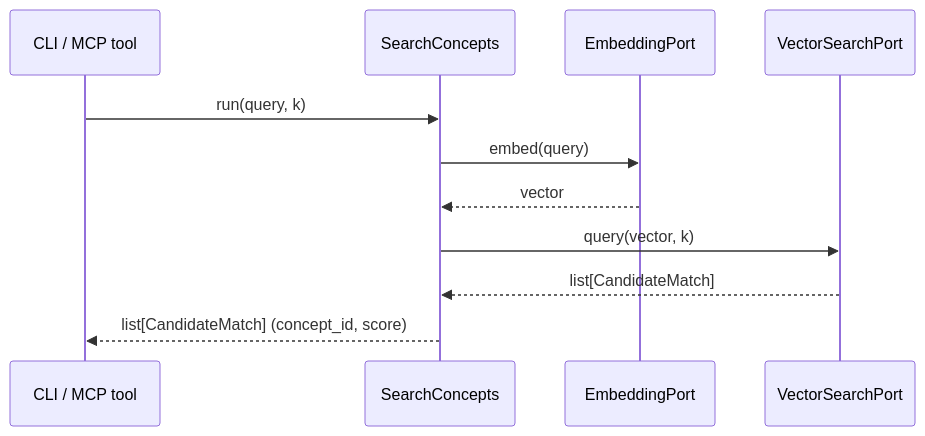
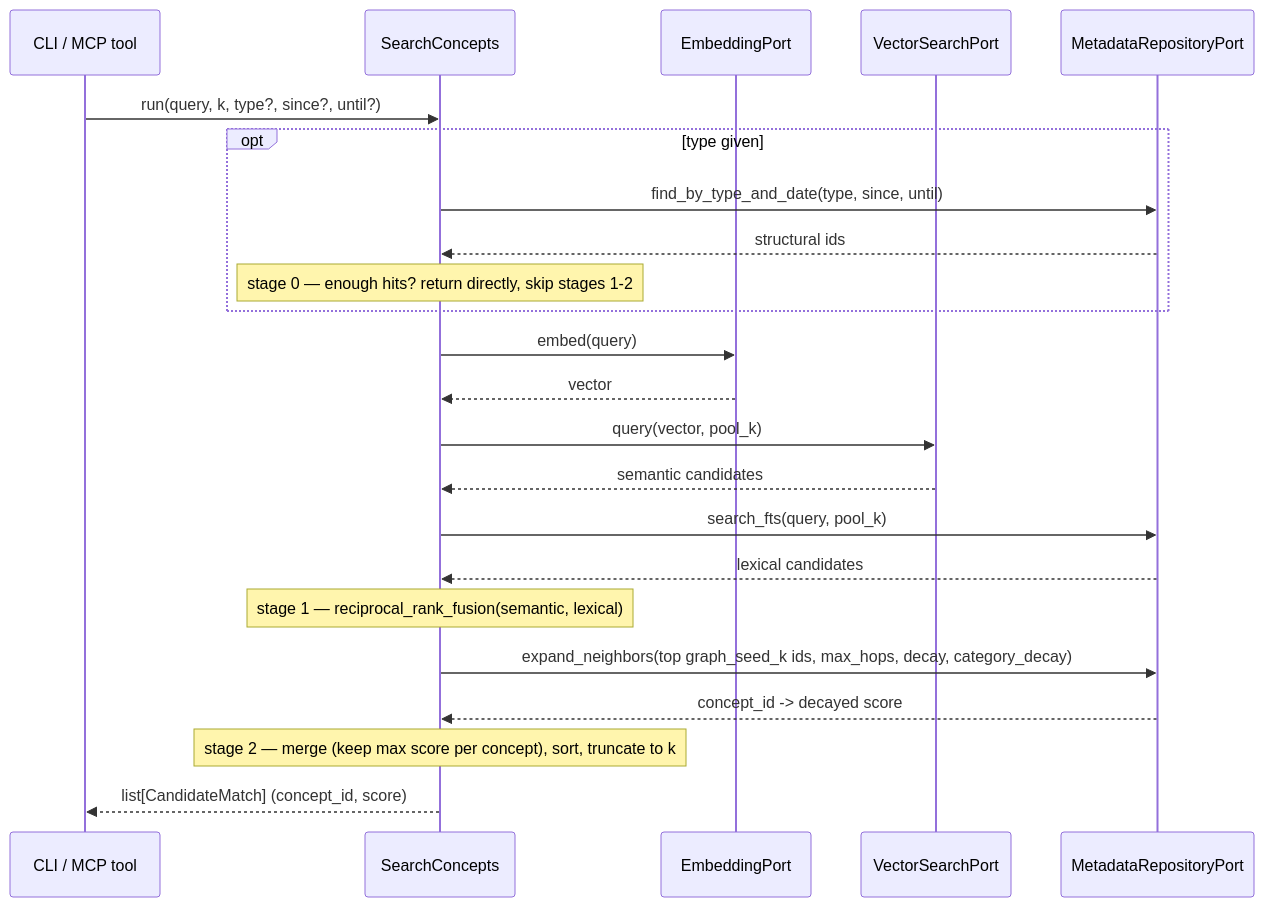
One commit to Wedeueis/ai-tutor changed the third of 3 diagrams in pipeline/docs/architecture/data-flow.md. Above: the diagram before and after it, drawn with Mermaid. The commit also changed other lines of this file and 27 other files, not shown here.

First line of the commit message:
feat(pipeline): hybrid search, Category ontology, and typed-relation lineage

````diff
--- a/pipeline/docs/architecture/data-flow.md
+++ b/pipeline/docs/architecture/data-flow.md
@@ -146,14 +241,26 @@
 ```mermaid
 sequenceDiagram
     participant Caller as CLI / MCP tool
     participant Search as SearchConcepts
     participant Embed as EmbeddingPort
     participant VS as VectorSearchPort
+    participant Meta as MetadataRepositoryPort
 
-    Caller->>Search: run(query, k)
+    Caller->>Search: run(query, k, type?, since?, until?)
+    opt type given
+        Search->>Meta: find_by_type_and_date(type, since, until)
+        Meta-->>Search: structural ids
+        Note over Search: stage 0 — enough hits? return directly, skip stages 1-2
+    end
     Search->>Embed: embed(query)
     Embed-->>Search: vector
-    Search->>VS: query(vector, k)
-    VS-->>Search: list[CandidateMatch]
+    Search->>VS: query(vector, pool_k)
+    VS-->>Search: semantic candidates
+    Search->>Meta: search_fts(query, pool_k)
+    Meta-->>Search: lexical candidates
+    Note over Search: stage 1 — reciprocal_rank_fusion(semantic, lexical)
+    Search->>Meta: expand_neighbors(top graph_seed_k ids, max_hops, decay, category_decay)
+    Meta-->>Search: concept_id -> decayed score
+    Note over Search: stage 2 — merge (keep max score per concept), sort, truncate to k
     Search-->>Caller: list[CandidateMatch] (concept_id, score)
 ```
````
